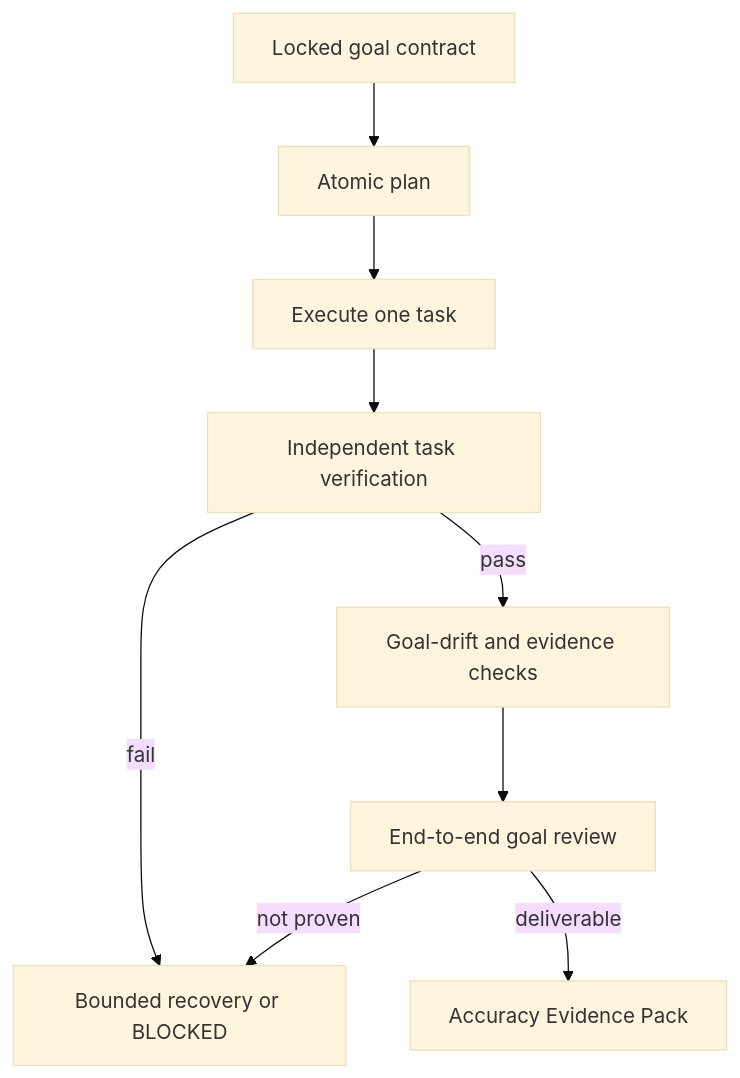
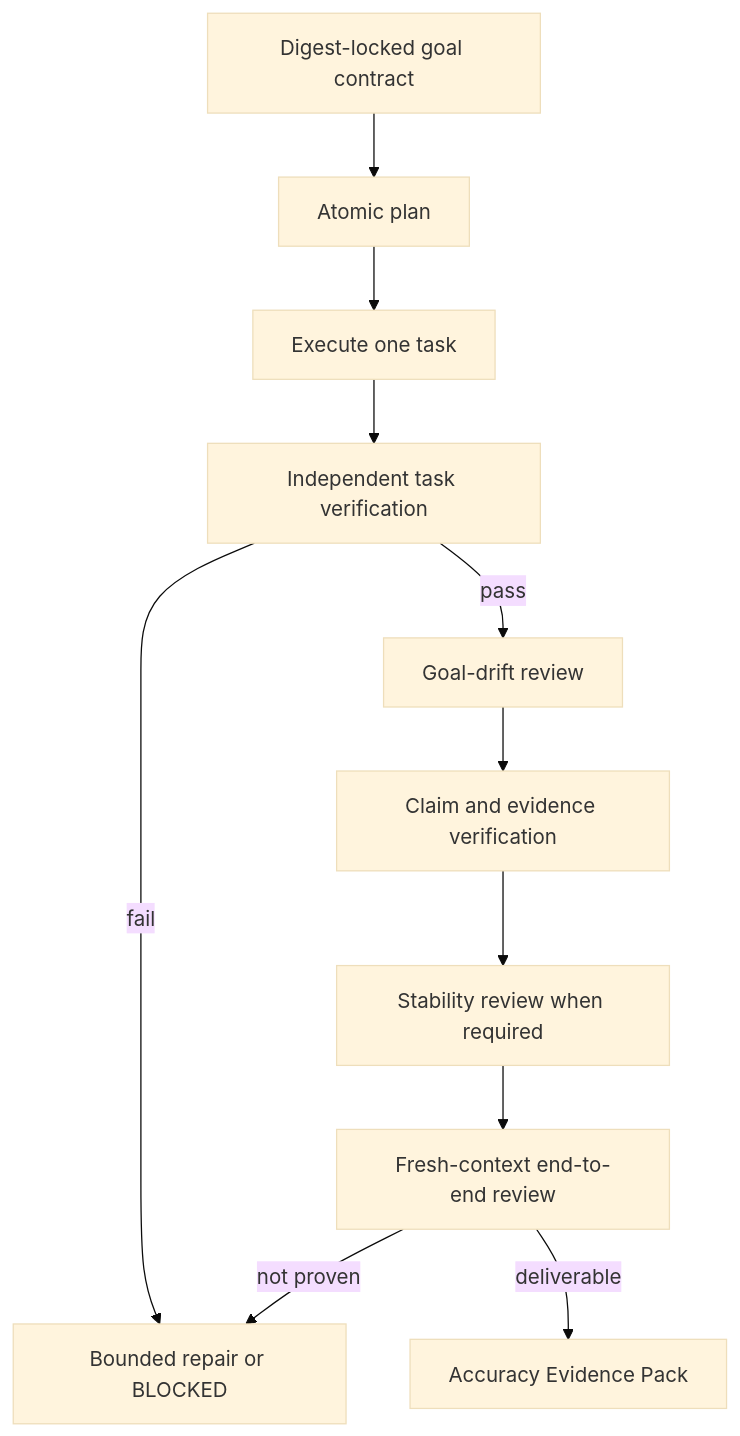
Before and after one commit to Abhillashjadhav/loop-engineering: the diagram in README.md, drawn with Mermaid (base theme). The commit also changed other lines of this file, not shown here.

````diff
--- a/README.md
+++ b/README.md
@@ -41,11 +75,13 @@
 ```mermaid
 flowchart TD
-    A[Locked goal contract] --> B[Atomic plan]
+    A[Digest-locked goal contract] --> B[Atomic plan]
     B --> C[Execute one task]
     C --> D[Independent task verification]
-    D -->|fail| E[Bounded recovery or BLOCKED]
-    D -->|pass| F[Goal-drift and evidence checks]
-    F --> G[End-to-end goal review]
-    G -->|deliverable| H[Accuracy Evidence Pack]
-    G -->|not proven| E
+    D -->|fail| E[Bounded repair or BLOCKED]
+    D -->|pass| F[Goal-drift review]
+    F --> G[Claim and evidence verification]
+    G --> H[Stability review when required]
+    H --> I[Fresh-context end-to-end review]
+    I -->|deliverable| J[Accuracy Evidence Pack]
+    I -->|not proven| E
 ```
````
